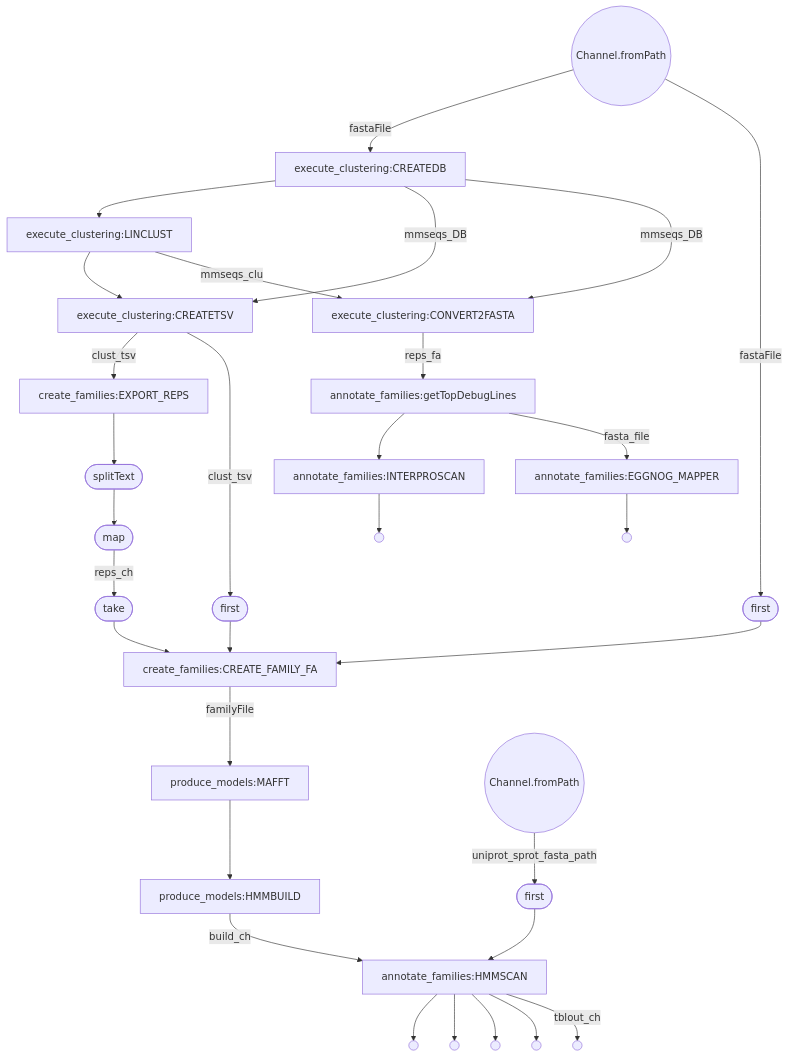
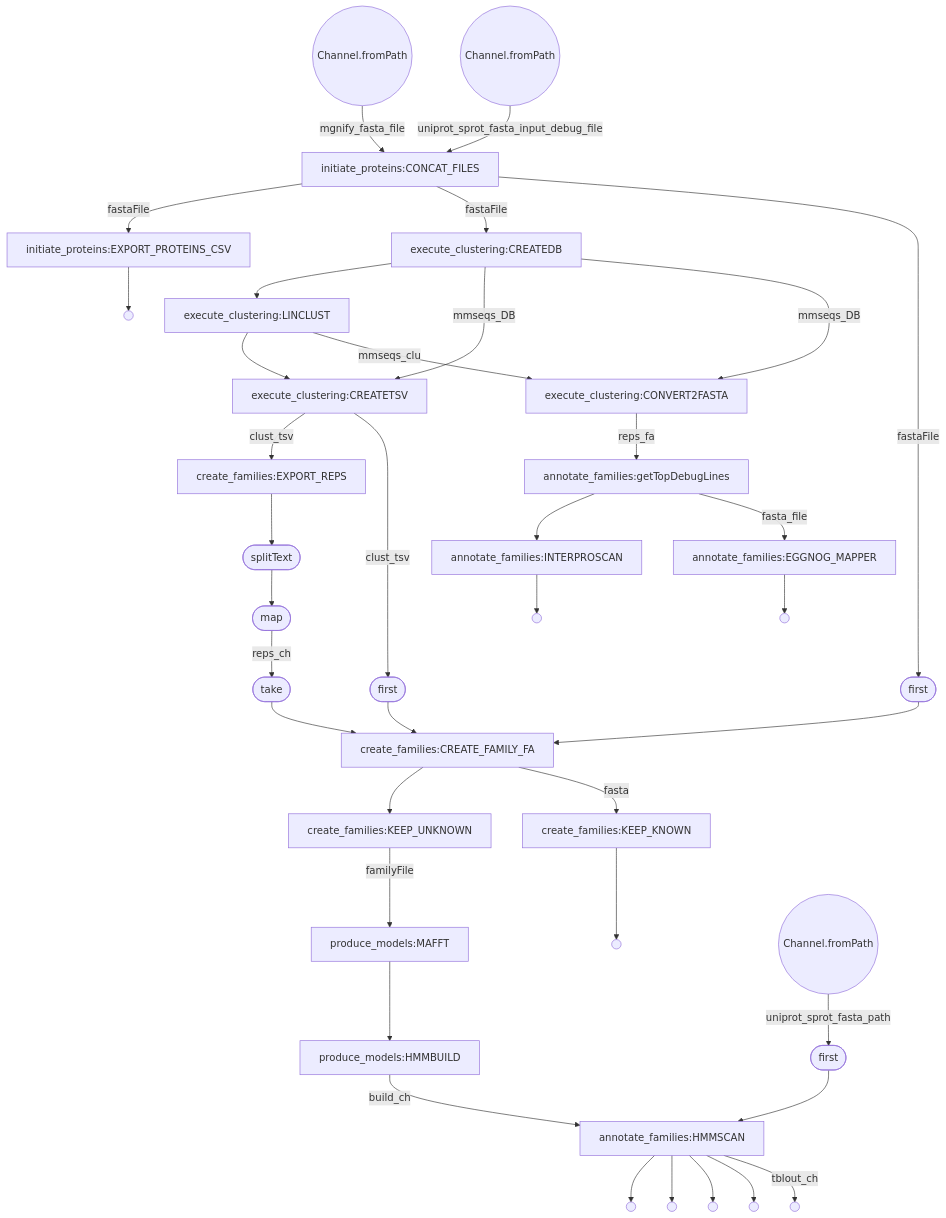
One commit to EBI-Metagenomics/mgnifams changed the diagram in flowchart_main.mmd. Above: the diagram before and after it, drawn with Mermaid. The commit also changed 10 other files, not shown here.

```diff
--- a/flowchart_main.mmd
+++ b/flowchart_main.mmd
@@ -1,58 +1,72 @@
 flowchart TD
     p0((Channel.fromPath))
-    p1[execute_clustering:CREATEDB]
-    p2[execute_clustering:LINCLUST]
-    p3[execute_clustering:CREATETSV]
-    p4[execute_clustering:CONVERT2FASTA]
-    p5[create_families:EXPORT_REPS]
-    p6([splitText])
-    p7([map])
-    p8([first])
-    p9([first])
-    p10([take])
-    p11[create_families:CREATE_FAMILY_FA]
-    p12[produce_models:MAFFT]
-    p13[produce_models:HMMBUILD]
-    p14((Channel.fromPath))
-    p15[annotate_families:getTopDebugLines]
-    p16[annotate_families:INTERPROSCAN]
-    p17(( ))
-    p18[annotate_families:EGGNOG_MAPPER]
-    p19(( ))
-    p20([first])
-    p21[annotate_families:HMMSCAN]
-    p22(( ))
-    p23(( ))
+    p1((Channel.fromPath))
+    p2[initiate_proteins:CONCAT_FILES]
+    p3[initiate_proteins:EXPORT_PROTEINS_CSV]
+    p4(( ))
+    p5[execute_clustering:CREATEDB]
+    p6[execute_clustering:LINCLUST]
+    p7[execute_clustering:CREATETSV]
+    p8[execute_clustering:CONVERT2FASTA]
+    p9[create_families:EXPORT_REPS]
+    p10([splitText])
+    p11([map])
+    p12([first])
+    p13([first])
+    p14([take])
+    p15[create_families:CREATE_FAMILY_FA]
+    p16[create_families:KEEP_UNKNOWN]
+    p17[create_families:KEEP_KNOWN]
+    p18(( ))
+    p19[produce_models:MAFFT]
+    p20[produce_models:HMMBUILD]
+    p21((Channel.fromPath))
+    p22[annotate_families:getTopDebugLines]
+    p23[annotate_families:INTERPROSCAN]
     p24(( ))
-    p25(( ))
+    p25[annotate_families:EGGNOG_MAPPER]
     p26(( ))
-    p0 -->|fastaFile| p1
-    p1 --> p2
-    p2 --> p3
-    p1 -->|mmseqs_DB| p3
-    p3 -->|clust_tsv| p5
-    p1 -->|mmseqs_DB| p4
-    p2 -->|mmseqs_clu| p4
-    p4 -->|reps_fa| p15
+    p27([first])
+    p28[annotate_families:HMMSCAN]
+    p29(( ))
+    p30(( ))
+    p31(( ))
+    p32(( ))
+    p33(( ))
+    p0 -->|mgnify_fasta_file| p2
+    p1 -->|uniprot_sprot_fasta_input_debug_file| p2
+    p2 -->|fastaFile| p3
+    p3 --> p4
+    p2 -->|fastaFile| p5
     p5 --> p6
     p6 --> p7
-    p7 -->|reps_ch| p10
-    p3 -->|clust_tsv| p8
-    p8 --> p11
-    p0 -->|fastaFile| p9
-    p9 --> p11
+    p5 -->|mmseqs_DB| p7
+    p7 -->|clust_tsv| p9
+    p5 -->|mmseqs_DB| p8
+    p6 -->|mmseqs_clu| p8
+    p8 -->|reps_fa| p22
+    p9 --> p10
     p10 --> p11
-    p11 -->|familyFile| p12
-    p12 --> p13
-    p13 -->|build_ch| p21
-    p14 -->|uniprot_sprot_fasta_path| p20
+    p11 -->|reps_ch| p14
+    p7 -->|clust_tsv| p12
+    p12 --> p15
+    p2 -->|fastaFile| p13
+    p13 --> p15
+    p14 --> p15
     p15 --> p16
-    p16 --> p17
-    p15 -->|fasta_file| p18
-    p18 --> p19
-    p20 --> p21
-    p21 --> p26
-    p21 --> p25
-    p21 --> p24
-    p21 --> p23
-    p21 -->|tblout_ch| p22
+    p16 -->|familyFile| p19
+    p15 -->|fasta| p17
+    p17 --> p18
+    p19 --> p20
+    p20 -->|build_ch| p28
+    p21 -->|uniprot_sprot_fasta_path| p27
+    p22 --> p23
+    p23 --> p24
+    p22 -->|fasta_file| p25
+    p25 --> p26
+    p27 --> p28
+    p28 --> p33
+    p28 --> p32
+    p28 --> p31
+    p28 --> p30
+    p28 -->|tblout_ch| p29
```
